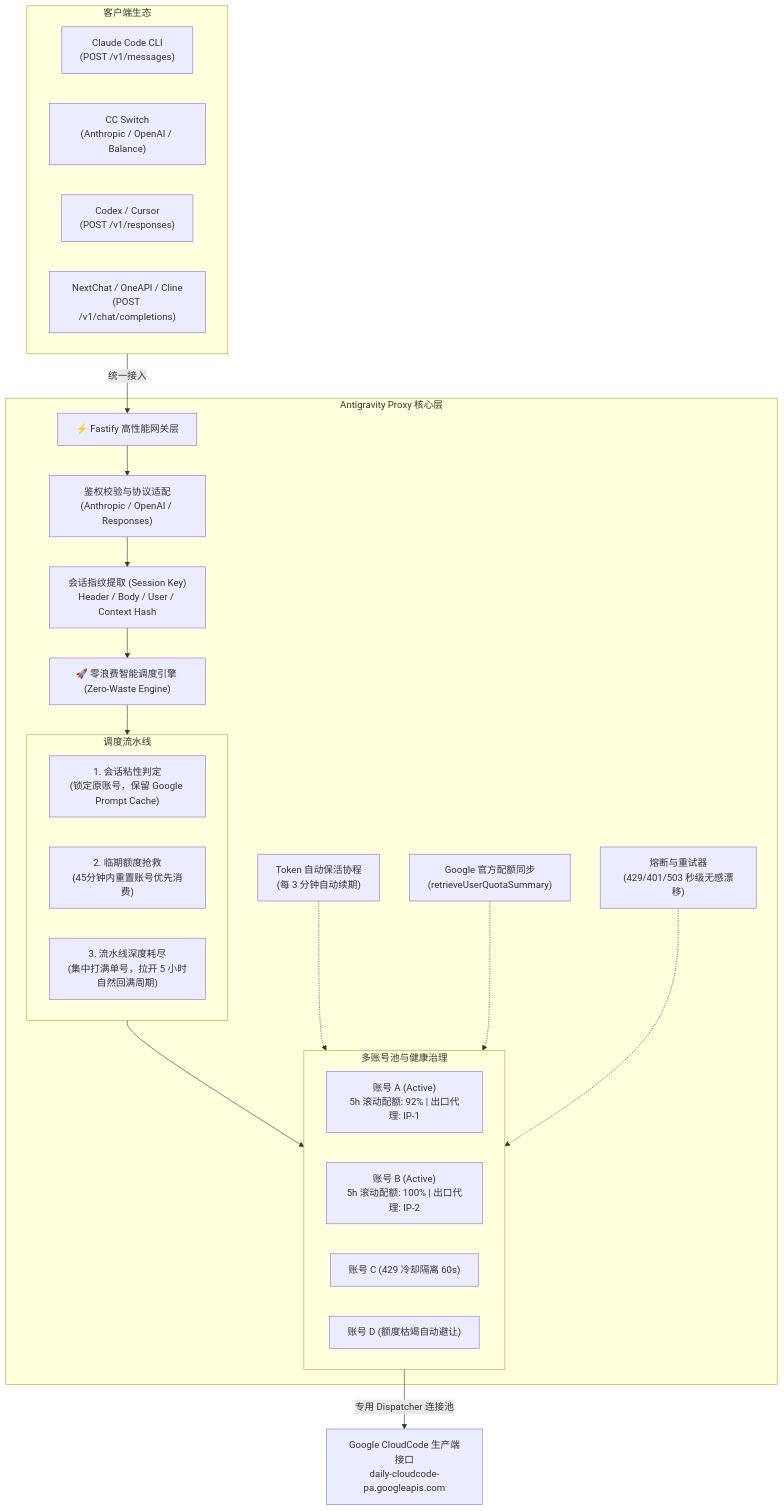
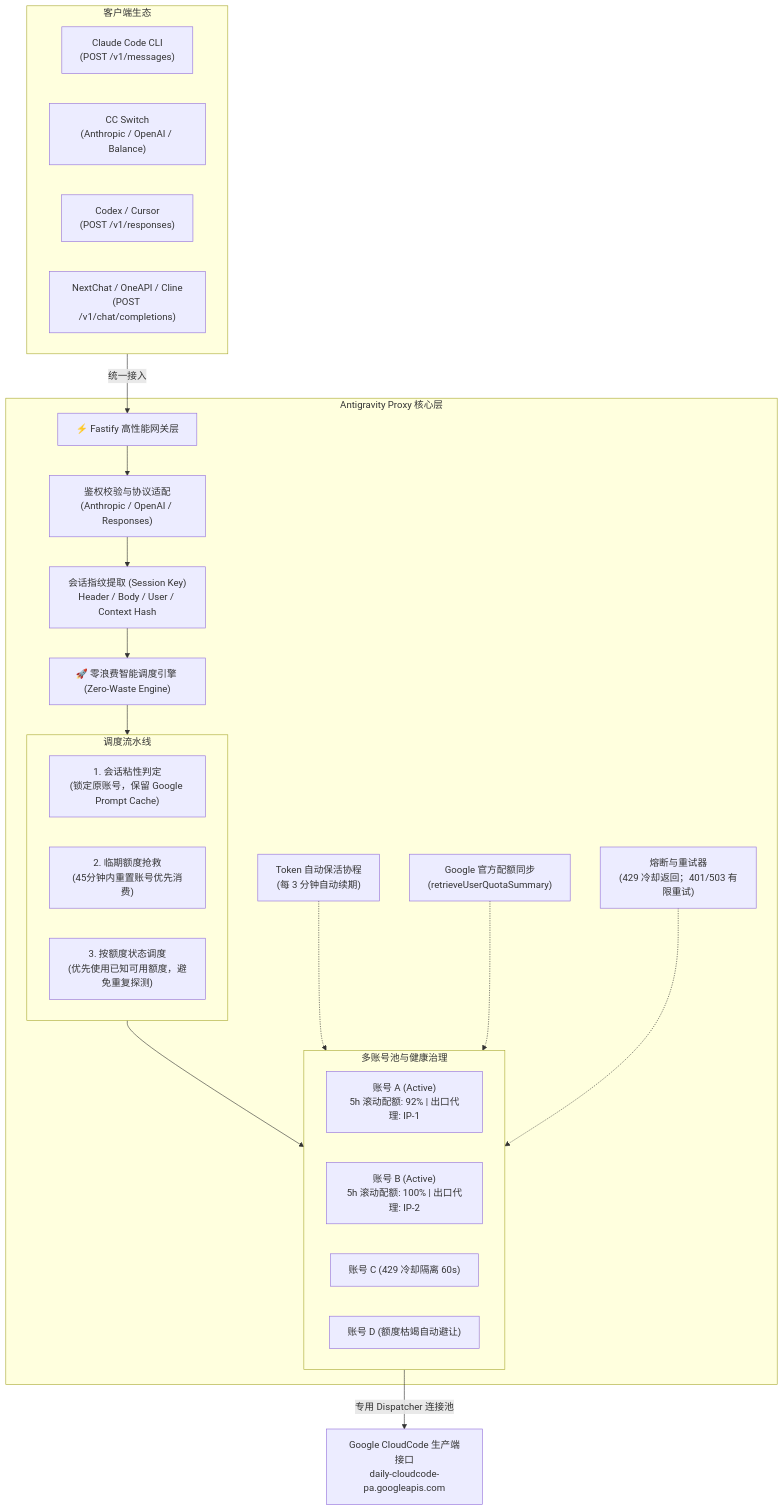
Before and after one commit to nnnextyear/antigravity-proxy: the diagram in README.md, drawn with Mermaid. The commit also changed other lines of this file and 13 other files, not shown here.

````diff
--- a/README.md
+++ b/README.md
@@ -53,38 +53,38 @@
 ```mermaid
 flowchart TD
     subgraph Clients [客户端生态]
         C1["Claude Code CLI\n(POST /v1/messages)"]
         C2["CC Switch\n(Anthropic / OpenAI / Balance)"]
         C3["Codex / Cursor\n(POST /v1/responses)"]
         C4["NextChat / OneAPI / Cline\n(POST /v1/chat/completions)"]
     end
 
     Clients -->|统一接入| Gateway["⚡ Fastify 高性能网关层"]
 
     subgraph Core [Antigravity Proxy 核心层]
         Gateway --> Auth["鉴权校验与协议适配\n(Anthropic / OpenAI / Responses)"]
         Auth --> Session["会话指纹提取 (Session Key)\nHeader / Body / User / Context Hash"]
         Session --> Engine["🚀 零浪费智能调度引擎 (Zero-Waste Engine)"]
 
         subgraph Strategies [调度流水线]
             S1["1. 会话粘性判定\n(锁定原账号，保留 Google Prompt Cache)"]
             S2["2. 临期额度抢救\n(45分钟内重置账号优先消费)"]
-            S3["3. 流水线深度耗尽\n(集中打满单号，拉开 5 小时自然回满周期)"]
+            S3["3. 按额度状态调度\n(优先使用已知可用额度，避免重复探测)"]
         end
         Engine --> Strategies
 
         subgraph Pool [多账号池与健康治理]
             Acc1["账号 A (Active)\n5h 滚动配额: 92% | 出口代理: IP-1"]
             Acc2["账号 B (Active)\n5h 滚动配额: 100% | 出口代理: IP-2"]
             Acc3["账号 C (429 冷却隔离 60s)"]
             Acc4["账号 D (额度枯竭自动避让)"]
         end
         Strategies --> Pool
 
         Refresher["Token 自动保活协程\n(每 3 分钟自动续期)"] -.-> Pool
         QuotaSync["Google 官方配额同步\n(retrieveUserQuotaSummary)"] -.-> Pool
-        Breaker["熔断与重试器\n(429/401/503 秒级无感漂移)"] -.-> Pool
+        Breaker["熔断与重试器\n(429 冷却返回；401/503 有限重试)"] -.-> Pool
     end
 
     Pool -->|专用 Dispatcher 连接池| Upstream["Google CloudCode 生产端接口\ndaily-cloudcode-pa.googleapis.com"]
 ```
````
